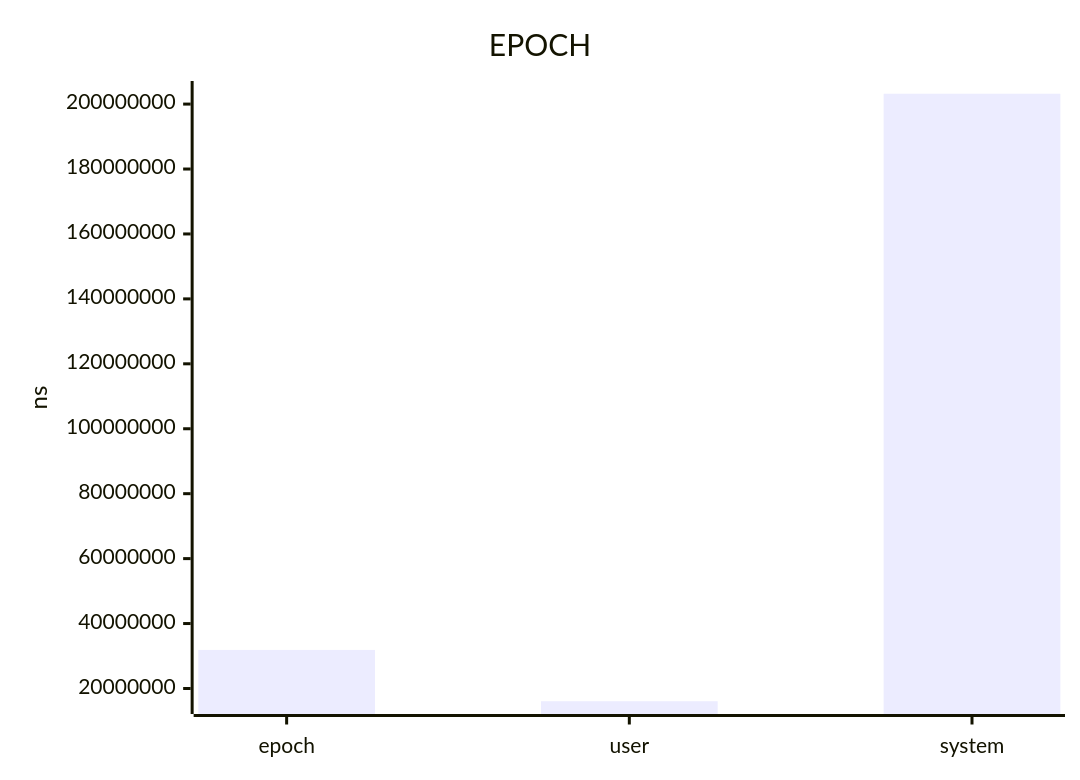
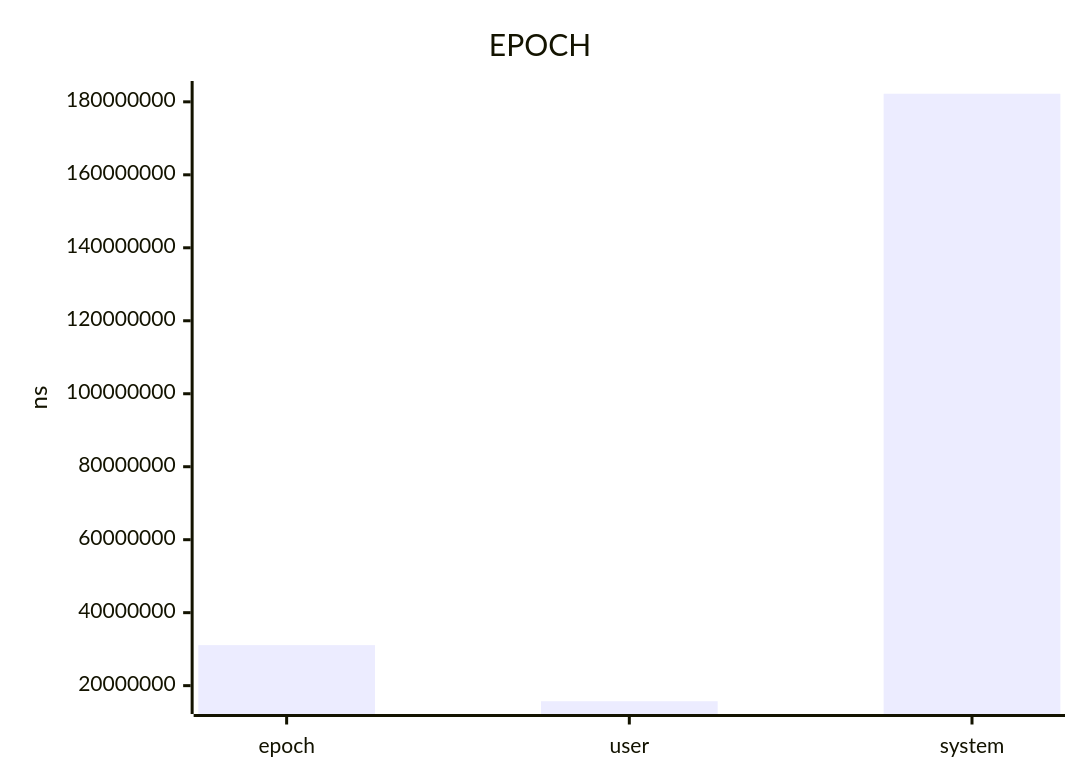
Before and after one commit to jrengmusic/saw: the diagram in benchmark/ref-rg-find-regex-report.md, drawn with Mermaid. The commit also changed other lines of this file and 434 other files, not shown here.

````diff
--- a/benchmark/ref-rg-find-regex-report.md
+++ b/benchmark/ref-rg-find-regex-report.md
@@ -19,7 +25,7 @@
 ```mermaid
 xychart-beta
 title "EPOCH"
 x-axis ["epoch", "user", "system"]
 y-axis "ns"
-bar [31876083.33333333209156990, 16065000.00000000000000000, 203185000.00000000000000000]
+bar [31106875.00000000000000000, 15724000.00000000000000000, 182215000.00000000000000000]
 ```
````
